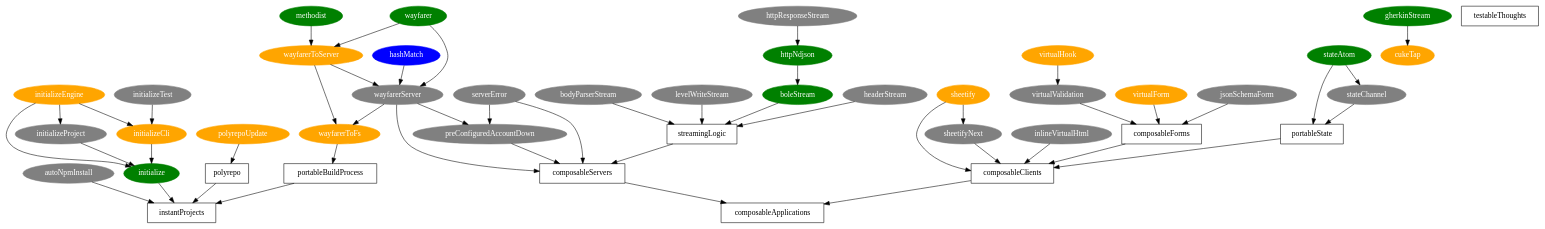
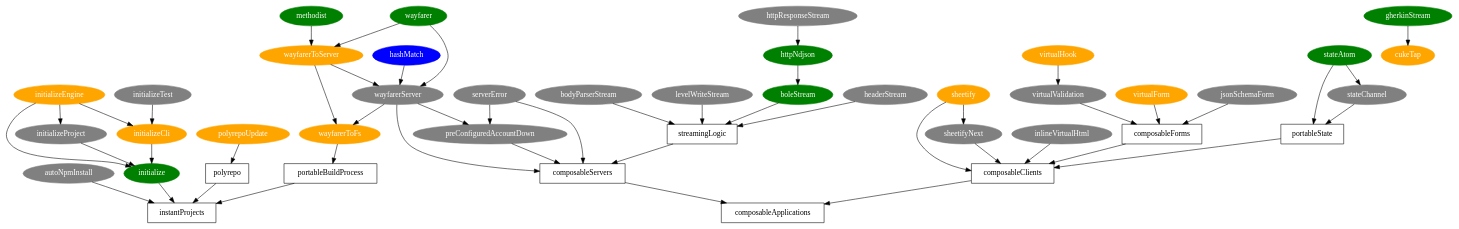
Before and after one commit to yoshuawuyts/plan: the diagram in plan.dot, drawn with Graphviz.

Commit message:
plan: rm testable thoughts

```diff
--- a/plan.dot
+++ b/plan.dot
@@ -1,94 +1,93 @@
 // colors
 //   gray = not implemented
 //   orange = experimental
 //   green = stable
 //   blue = locked
 
 digraph planning {
   // routing, which leads to solid
   // portable ways of getting data around
   // wayfarer-to-server
   hashMatch [style="filled" fontcolor="white" color="blue"]
   methodist [style="filled" fontcolor="white" color="green"]
   wayfarer [style="filled" fontcolor="white" color="green"]
   wayfarerToFs [style="filled" fontcolor="white" color="orange"]
   wayfarerToServer [style="filled" fontcolor="white" color="orange"]
   wayfarerServer [style="filled" fontcolor="white" color="gray"]
   {wayfarer methodist} -> wayfarerToServer
   {wayfarer hashMatch wayfarerToServer} -> wayfarerServer
   {wayfarerServer wayfarerToServer} -> wayfarerToFs
 
   // composable servers
   // modular components to build http servers
   bodyParserStream [style="filled" fontcolor="white" color="gray"]
   levelWriteStream [style="filled" fontcolor="white" color="gray"]
   boleStream [style="filled" fontcolor="white" color="green"]
   httpNdjson [style="filled" fontcolor="white" color="green"]
   httpResponseStream [style="filled" fontcolor="white" color="gray"]
   serverError [style="filled" fontcolor="white" color="gray"]
   preConfiguredAccountDown [style="filled" fontcolor="white" color="gray"]
   headerStream [style="filled" fontcolor="white" color="gray"] // modified headers, etags
   httpResponseStream -> httpNdjson
   httpNdjson -> boleStream
   {bodyParserStream levelWriteStream headerStream} -> streamingLogic
   serverError -> composableServers
   wayfarerServer -> composableServers
   {wayfarerServer serverError} -> preConfiguredAccountDown
   preConfiguredAccountDown -> composableServers
   boleStream -> streamingLogic -> composableServers
 
   // testable thoughts
   gherkinStream [style="filled" fontcolor="white" color="green"]
   cukeTap [style="filled" fontcolor="white" color="orange"]
   gherkinStream -> cukeTap
 
   // instant projects
   autoNpmInstall [style="filled" fontcolor="white" color="gray"]
   polyrepoUpdate [style="filled" fontcolor="white" color="orange"]
   initialize [style="filled" fontcolor="white" color="green"]
   initializeEngine [style="filled" fontcolor="white" color="orange"]
   initializeCli [style="filled" fontcolor="white" color="orange"]
   initializeProject [style="filled" fontcolor="white" color="gray"]
   initializeTest [style="filled" fontcolor="white" color="gray"]
   initializeEngine -> initializeCli
   initializeTest -> initializeCli
   initializeEngine -> initializeProject
   {initializeEngine initializeCli initializeProject} -> initialize
   {initialize autoNpmInstall} -> instantProjects
   polyrepoUpdate -> polyrepo
 
   // composable clients
   stateAtom [style="filled" fontcolor="white" color="green"]
   stateChannel [style="filled" fontcolor="white" color="gray"]
   virtualHook [style="filled" fontcolor="white" color="orange"]
   virtualValidation [style="filled" fontcolor="white" color="gray"]
   virtualForm [style="filled" fontcolor="white" color="orange"]
   jsonSchemaForm [style="filled" fontcolor="white" color="gray"]
   sheetify [style="filled" fontcolor="white" color="orange"]
   sheetifyNext [style="filled" fontcolor="white" color="gray"]
   inlineVirtualHtml [style="filled" fontcolor="white" color="gray"]
   sheetify -> sheetifyNext
   {sheetify sheetifyNext} -> composableClients
   stateAtom -> stateChannel
   virtualHook -> virtualValidation
   virtualValidation -> composableForms
   inlineVirtualHtml -> composableClients
   {jsonSchemaForm virtualForm} -> composableForms
   {stateAtom stateChannel} -> portableState
 
   // abstract
   composableApplications [shape="box"]
   composableClients [shape="box"]
   composableForms [shape="box"]
   composableServers [shape="box"]
   instantProjects [shape="box"]
   polyrepo [shape="box"]
   portableBuildProcess [shape="box"]
   portableState [shape="box"]
   streamingLogic [shape="box"]
-  testableThoughts [shape="box"]
   {composableForms portableState} -> composableClients
   wayfarerToFs -> portableBuildProcess
   {portableBuildProcess polyrepo} -> instantProjects
   {composableClients composableServers} -> composableApplications
 }
```
